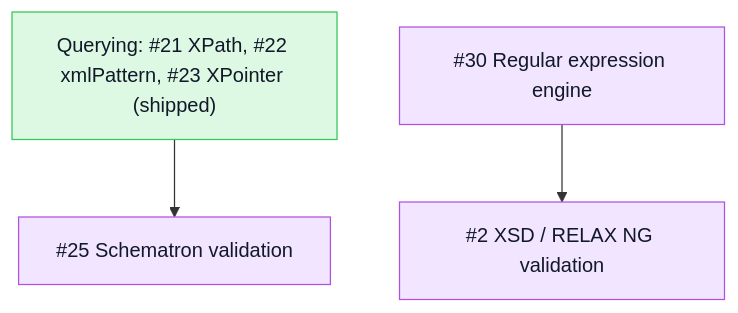
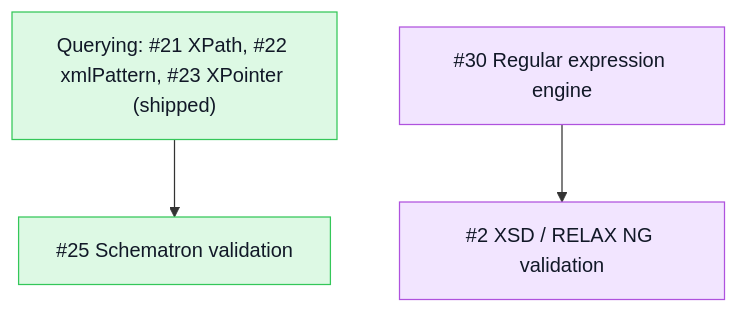
The third of 4 diagrams in README.md (mihaelamj/PureXML), drawn with Mermaid before and after one commit. The commit also changed 7 other files, not shown here.

First line of the commit message:
feat(validation): Schematron rule validation

````diff
--- a/README.md
+++ b/README.md
@@ -86,13 +86,13 @@
 ```mermaid
 flowchart TB
   classDef done fill:#ddf9e4,stroke:#34c759,color:#111827
   classDef review fill:#fff7d6,stroke:#ffcc00,color:#111827
   classDef epic fill:#f2e5ff,stroke:#af52de,color:#111827
   classDef todo fill:#f2f4f7,stroke:#8e8e93,color:#111827
   Querying["Querying: #21 XPath, #22 xmlPattern, #23 XPointer (shipped)"]:::done
   Regexp["#30 Regular expression engine"]:::epic
   Xsd["#2 XSD / RELAX NG validation"]:::epic
-  Schematron["#25 Schematron validation"]:::epic
+  Schematron["#25 Schematron validation"]:::done
   Regexp --> Xsd
   Querying --> Schematron
 ```
````
